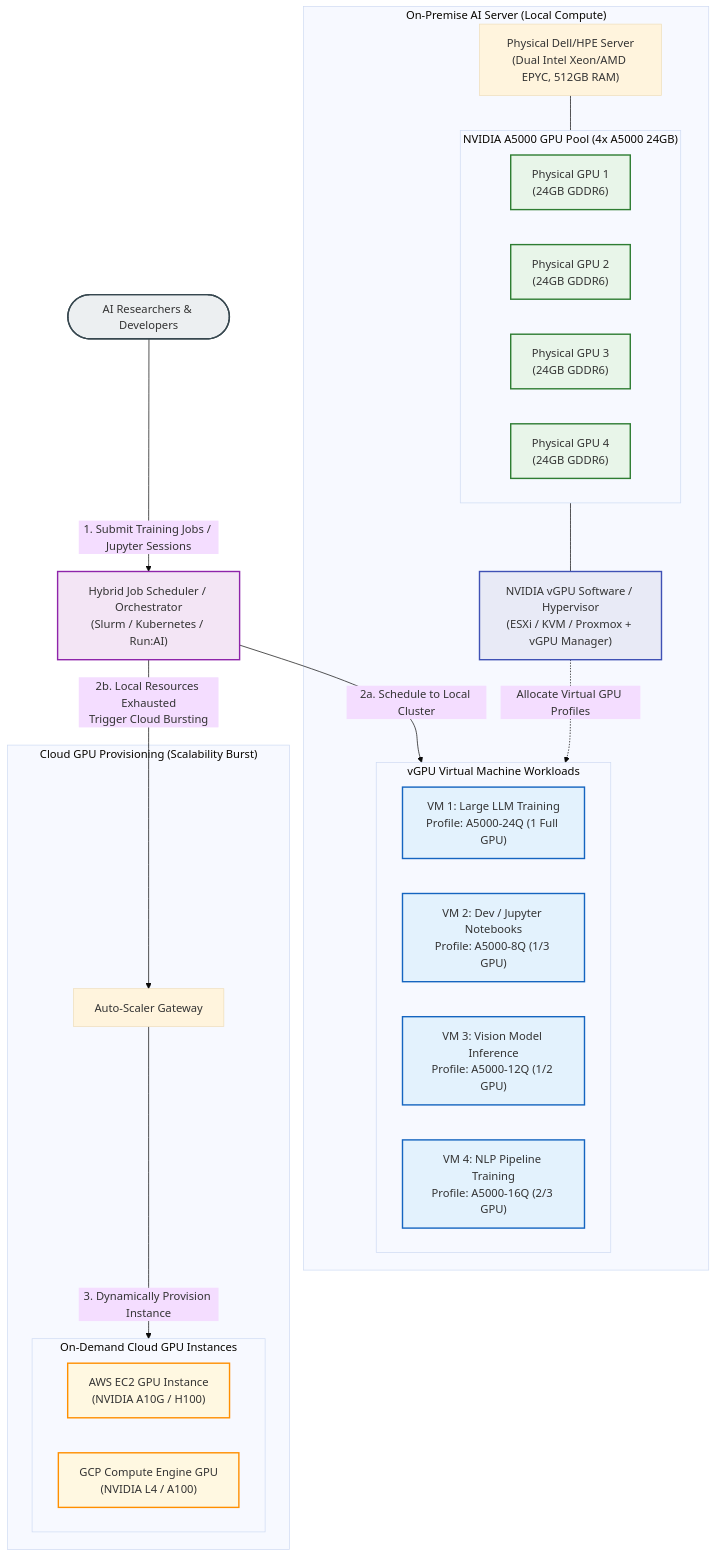
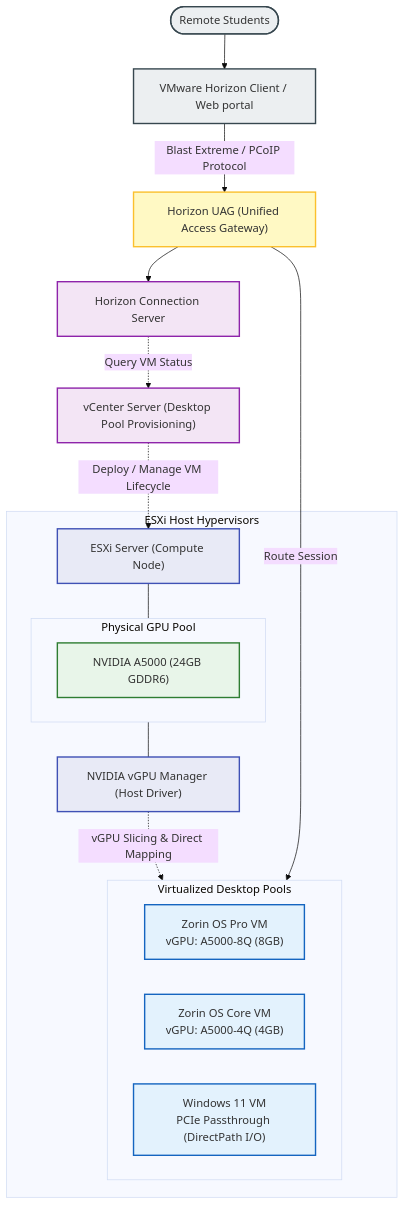
The sixth of 9 diagrams in experiment/README.md (tanpham380/tanpham380), drawn with Mermaid (base theme) before and after one commit. The commit also changed other lines of this file, not shown here.

Commit message:
(new): update profile

````diff
--- a/experiment/README.md
+++ b/experiment/README.md
@@ -234,60 +456,43 @@
 ```mermaid
 graph TD
     classDef client fill:#eceff1,stroke:#37474f,stroke-width:2px;
-    classDef hypervisor fill:#e8eaf6,stroke:#3f51b5,stroke-width:2px;
+    classDef gateway fill:#fff9c4,stroke:#fbc02d,stroke-width:2px;
+    classDef mgmt fill:#f3e5f5,stroke:#8e24aa,stroke-width:2px;
+    classDef host fill:#e8eaf6,stroke:#3f51b5,stroke-width:2px;
     classDef gpu fill:#e8f5e9,stroke:#2e7d32,stroke-width:2px;
     classDef vm fill:#e3f2fd,stroke:#1565c0,stroke-width:2px;
-    classDef cloud fill:#fff8e1,stroke:#ff8f00,stroke-width:2px;
-    classDef orchestrator fill:#f3e5f5,stroke:#8e24aa,stroke-width:2px;
 
-    Users([AI Researchers & Developers]):::client
-    
-    Orchestrator["Hybrid Job Scheduler / Orchestrator<br/>(Slurm / Kubernetes / Run:AI)"]:::orchestrator
+    Students([Remote Students]):::client
+    HorizonClient["VMware Horizon Client / Web portal"]:::client
+    HorizonGateway["Horizon UAG (Unified Access Gateway)"]:::gateway
+    HorizonConn["Horizon Connection Server"]:::mgmt
+    vCenter["vCenter Server (Desktop Pool Provisioning)"]:::mgmt
 
-    subgraph OnPrem ["On-Premise AI Server (Local Compute)"]
-        ServerHardware["Physical Dell/HPE Server<br/>(Dual Intel Xeon/AMD EPYC, 512GB RAM)"]
+    subgraph ESXi_Hosts ["ESXi Host Hypervisors"]
+        ESXi_Node["ESXi Server (Compute Node)"]:::host
+        vGPUMgr["NVIDIA vGPU Manager (Host Driver)"]:::host
         
-        subgraph GPU_Pool ["NVIDIA A5000 GPU Pool (4x A5000 24GB)"]
-            GPU1["Physical GPU 1<br/>(24GB GDDR6)"]:::gpu
-            GPU2["Physical GPU 2<br/>(24GB GDDR6)"]:::gpu
-            GPU3["Physical GPU 3<br/>(24GB GDDR6)"]:::gpu
-            GPU4["Physical GPU 4<br/>(24GB GDDR6)"]:::gpu
+        subgraph Physical_GPUs ["Physical GPU Pool"]
+            GPU_A5000["NVIDIA A5000 (24GB GDDR6)"]:::gpu
         end
 
-        vGPUMgr["NVIDIA vGPU Software / Hypervisor<br/>(ESXi / KVM / Proxmox + vGPU Manager)"]:::hypervisor
-
-        subgraph VirtualWorkloads ["vGPU Virtual Machine Workloads"]
-            VM1["VM 1: Large LLM Training<br/>Profile: A5000-24Q (1 Full GPU)"]:::vm
-            VM2["VM 2: Dev / Jupyter Notebooks<br/>Profile: A5000-8Q (1/3 GPU)"]:::vm
-            VM3["VM 3: Vision Model Inference<br/>Profile: A5000-12Q (1/2 GPU)"]:::vm
-            VM4["VM 4: NLP Pipeline Training<br/>Profile: A5000-16Q (2/3 GPU)"]:::vm
-        end
-    end
-
-    subgraph CloudGPU ["Cloud GPU Provisioning (Scalability Burst)"]
-        CloudScale["Auto-Scaler Gateway"]
-        
-        subgraph CloudProviders ["On-Demand Cloud GPU Instances"]
-            AWS_GPU["AWS EC2 GPU Instance<br/>(NVIDIA A10G / H100)"]:::cloud
-            GCP_GPU["GCP Compute Engine GPU<br/>(NVIDIA L4 / A100)"]:::cloud
+        subgraph Desktop_VMs ["Virtualized Desktop Pools"]
+            VM_ZorinPro["Zorin OS Pro VM<br/>vGPU: A5000-8Q (8GB)"]:::vm
+            VM_ZorinCore["Zorin OS Core VM<br/>vGPU: A5000-4Q (4GB)"]:::vm
+            VM_Win11["Windows 11 VM<br/>PCIe Passthrough (DirectPath I/O)"]:::vm
         end
     end
 
     %% Connections
-    Users -->|1. Submit Training Jobs / Jupyter Sessions| Orchestrator
-    
-    %% Local Path
-    Orchestrator -->|2a. Schedule to Local Cluster| VirtualWorkloads
-    
-    %% Hardware Layer Map
-    GPU_Pool --- vGPUMgr
-    vGPUMgr -.->|Allocate Virtual GPU Profiles| VirtualWorkloads
-    ServerHardware --- GPU_Pool
+    Students --> HorizonClient
+    HorizonClient -->|Blast Extreme / PCoIP Protocol| HorizonGateway
+    HorizonGateway --> HorizonConn
+    HorizonConn -. Query VM Status .-> vCenter
+    vCenter -. Deploy / Manage VM Lifecycle .-> ESXi_Node
 
-    %% Cloud Path
-    Orchestrator -->|2b. Local Resources Exhausted<br/>Trigger Cloud Bursting| CloudScale
-    CloudScale -->|3. Dynamically Provision Instance| CloudProviders
-    
-    class ServerHardware,GPU_Pool,vGPUMgr,VirtualWorkloads OnPrem;
-    class CloudScale,CloudProviders CloudGPU;
+    %% Hardware mapping
+    ESXi_Node --- Physical_GPUs
+    Physical_GPUs --- vGPUMgr
+    vGPUMgr -.->|vGPU Slicing & Direct Mapping| Desktop_VMs
+    HorizonGateway -->|Route Session| Desktop_VMs
 ```
````
